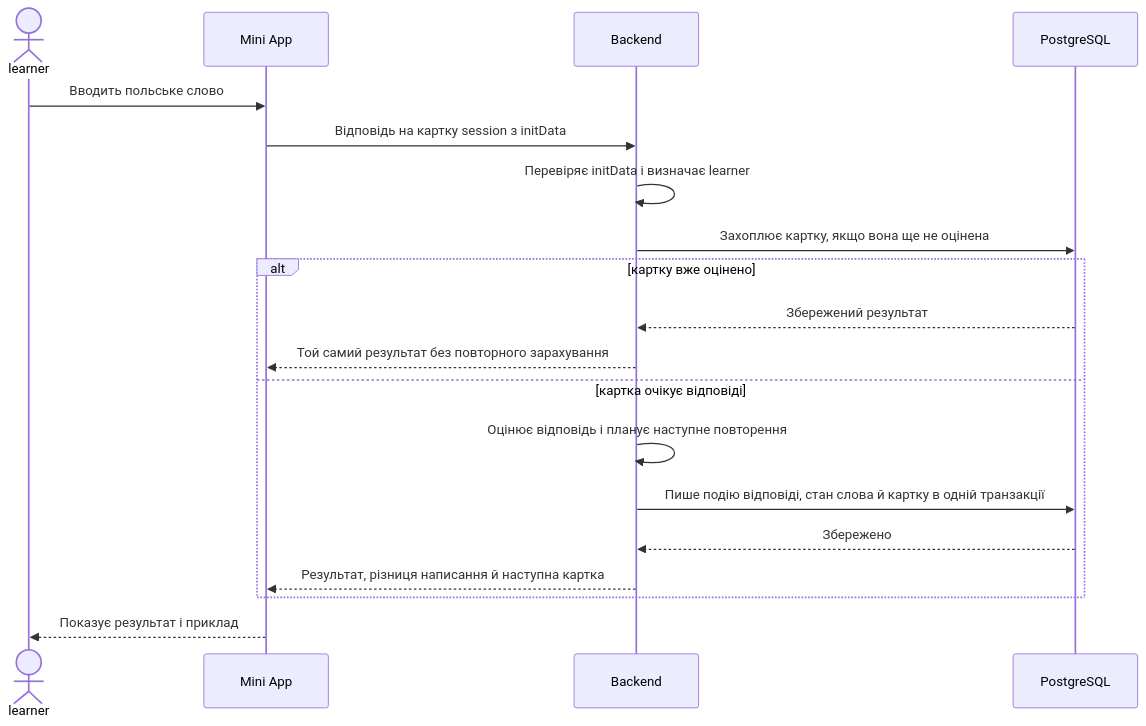
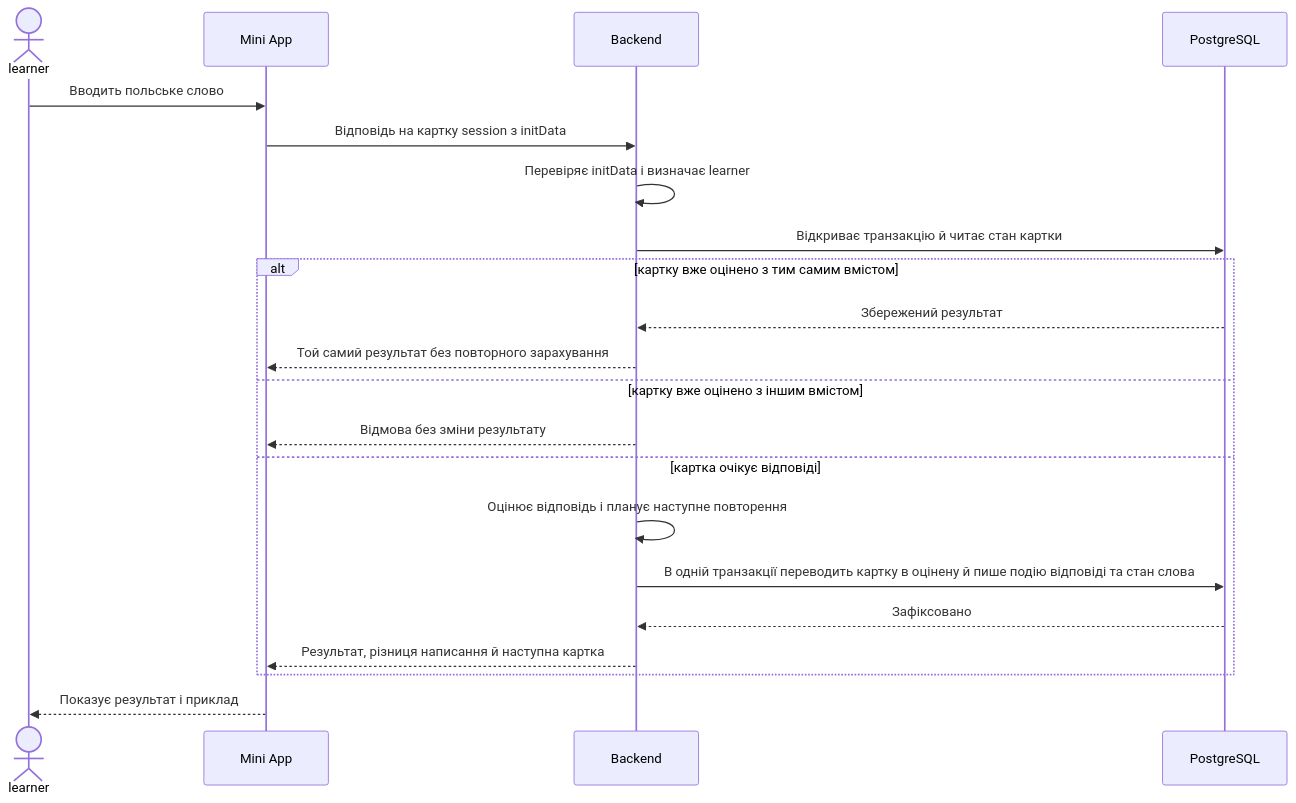
The third of 4 diagrams in docs/features/personal-trainer-mvp/sad.md (HeliosPersonal/constant-learning), drawn with Mermaid before and after one commit. The commit also changed other lines of this file and 1 other file, not shown here.

Commit message:
feat(personal-trainer-mvp): sad finalization (critic pass)
- §6: захоплення картки в транзакції запису, гілка «інший вміст»
- §6: гілка нагадування для активного менше 30 хв learner
- §1, ADR-0001: семантика «не більше одного» нагадування
- §2: Testcontainers як свідоме відхилення від конвенції тестів

````diff
--- a/docs/features/personal-trainer-mvp/sad.md
+++ b/docs/features/personal-trainer-mvp/sad.md
@@ -157,21 +158,23 @@
 ```mermaid
 sequenceDiagram
     actor L as learner
     participant M as Mini App
     participant A as Backend
     participant D as PostgreSQL
     L->>M: Вводить польське слово
     M->>A: Відповідь на картку session з initData
     A->>A: Перевіряє initData і визначає learner
-    A->>D: Захоплює картку, якщо вона ще не оцінена
-    alt картку вже оцінено
+    A->>D: Відкриває транзакцію й читає стан картки
+    alt картку вже оцінено з тим самим вмістом
         D-->>A: Збережений результат
         A-->>M: Той самий результат без повторного зарахування
+    else картку вже оцінено з іншим вмістом
+        A-->>M: Відмова без зміни результату
     else картка очікує відповіді
         A->>A: Оцінює відповідь і планує наступне повторення
-        A->>D: Пише подію відповіді, стан слова й картку в одній транзакції
-        D-->>A: Збережено
+        A->>D: В одній транзакції переводить картку в оцінену й пише подію відповіді та стан слова
+        D-->>A: Зафіксовано
         A-->>M: Результат, різниця написання й наступна картка
     end
     M-->>L: Показує результат і приклад
 ```
````
